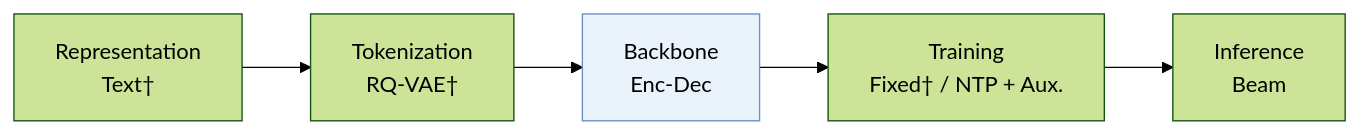
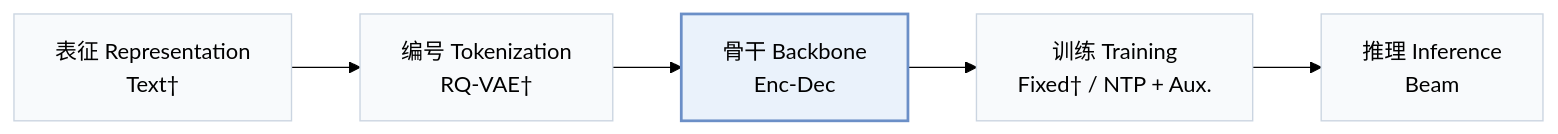
One commit to Galaxy-ghost/Awesome-SID-Generative-Rec changed the first of 2 diagrams in pages/zh/papers/lion.md. Above: the diagram before and after it, drawn with Mermaid (forest theme). The commit also changed other lines of this file and 649 other files, not shown here.

Commit message:
writer-05: also tags and modality index (schema, check, build, visuals); summary field removed; calibration data for 12 papers

````diff
--- a/pages/zh/papers/lion.md
+++ b/pages/zh/papers/lion.md
@@ -13,6 +15,8 @@
 ```mermaid
 flowchart LR
-    R["Representation<br/>Text†"] --> T["Tokenization<br/>RQ-VAE†"] --> B["Backbone<br/>Enc-Dec"] --> TR["Training<br/>Fixed† / NTP + Aux."] --> I["Inference<br/>Beam"]
-    classDef main fill:#eaf2fb,stroke:#6b8fc7
+    R["表征 Representation<br/>Text†"] --> T["编号 Tokenization<br/>RQ-VAE†"] --> B["骨干 Backbone<br/>Enc-Dec"] --> TR["训练 Training<br/>Fixed† / NTP + Aux."] --> I["推理 Inference<br/>Beam"]
+    classDef base fill:#f8fafc,stroke:#cbd5e1
+    class R,T,B,TR,I base
+    classDef main fill:#eaf2fb,stroke:#6b8fc7,stroke-width:2px
     class B main
 ```
````
